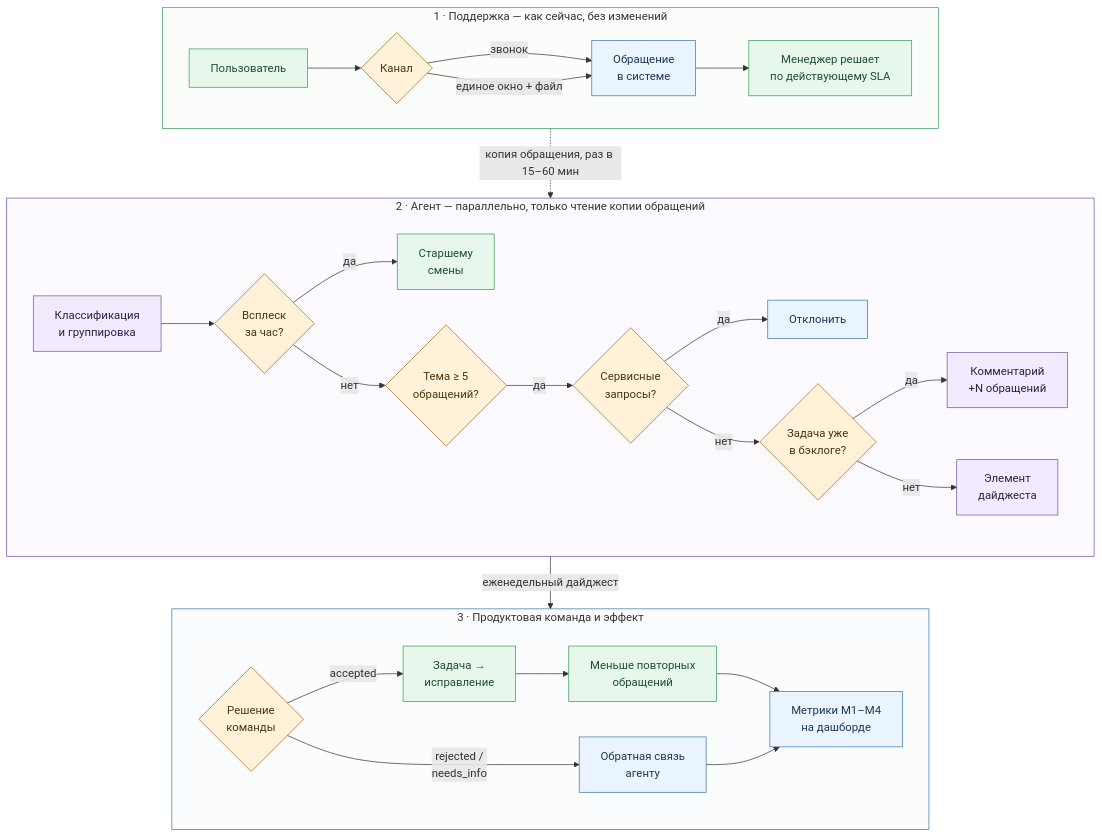
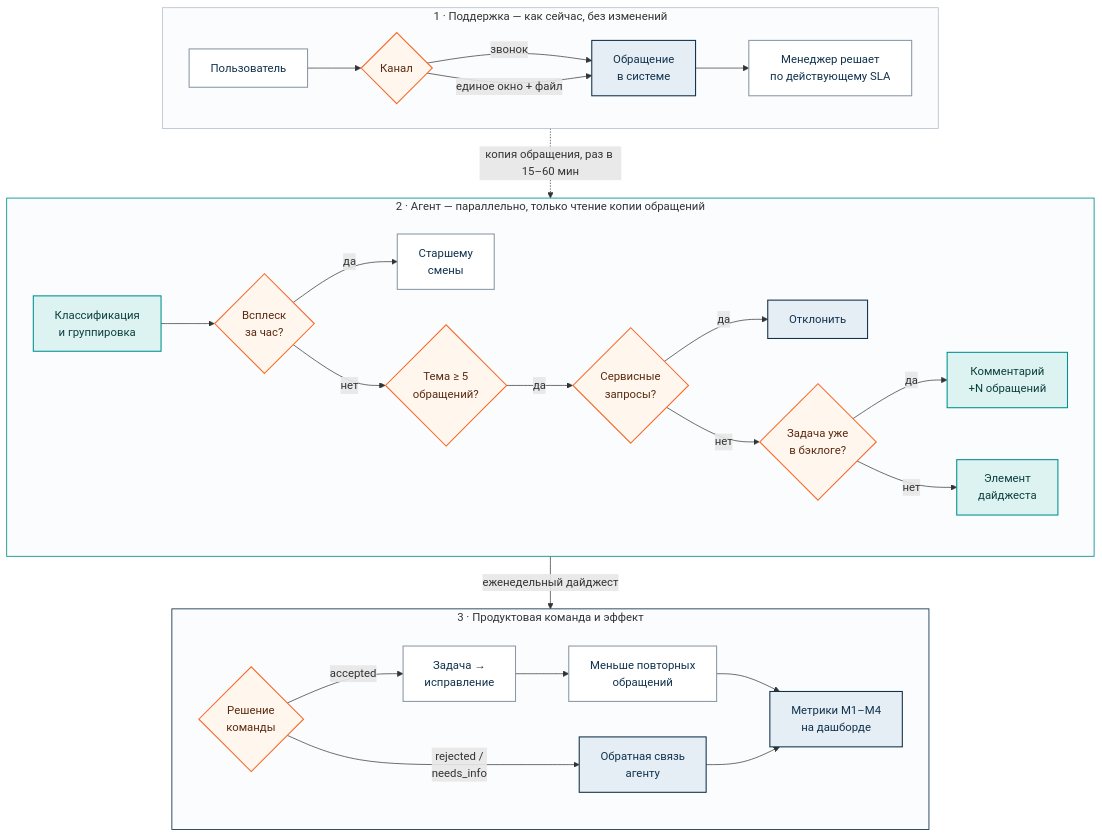
One commit to Gnod-do/ticket-triage-agent changed the diagram in docs/diagrams/02-business-process.mmd. Above: the diagram before and after it, drawn with Mermaid. The commit also changed 69 other files, not shown here.

```diff
--- a/docs/diagrams/02-business-process.mmd
+++ b/docs/diagrams/02-business-process.mmd
@@ -1,41 +1,41 @@
 %% Бизнес-процесс: агент работает параллельно поддержке и не добавляет ей работы
 flowchart TB
-  classDef human fill:#e7f7ec,stroke:#3a9b5c,color:#1f4d30
-  classDef ai fill:#f2ebff,stroke:#7151a9,color:#2b1f48
-  classDef det fill:#eaf4ff,stroke:#3d76a2,color:#1e3554
-  classDef dec fill:#fff2d9,stroke:#a66b17,color:#4d3210
+  classDef human fill:#FFFFFF,stroke:#8A98A8,color:#10314C,stroke-width:1.5px
+  classDef ai fill:#DDF3F2,stroke:#00918F,color:#0B3F3E,stroke-width:1.5px
+  classDef det fill:#E6EEF5,stroke:#10314C,color:#10314C,stroke-width:1.5px
+  classDef dec fill:#FFF6EE,stroke:#F56A2B,color:#5A2A10,stroke-width:1.5px
 
   subgraph R1["1 · Поддержка — как сейчас, без изменений"]
     direction LR
     U["Пользователь"]:::human --> CH{"Канал"}:::dec
     CH -->|"звонок"| T["Обращение<br/>в системе"]:::det
     CH -->|"единое окно + файл"| T
     T --> S["Менеджер решает<br/>по действующему SLA"]:::human
   end
 
   subgraph R2["2 · Агент — параллельно, только чтение копии обращений"]
     direction LR
     AG["Классификация<br/>и группировка"]:::ai --> SP{"Всплеск<br/>за час?"}:::dec
     SP -->|"да"| AL["Старшему<br/>смены"]:::human
     SP -->|"нет"| TH{"Тема ≥ 5<br/>обращений?"}:::dec
     TH -->|"да"| SR{"Сервисные<br/>запросы?"}:::dec
     SR -->|"да"| X["Отклонить"]:::det
     SR -->|"нет"| BL{"Задача уже<br/>в бэклоге?"}:::dec
     BL -->|"да"| CM["Комментарий<br/>+N обращений"]:::ai
     BL -->|"нет"| DG["Элемент<br/>дайджеста"]:::ai
   end
 
   subgraph R3["3 · Продуктовая команда и эффект"]
     direction LR
     PO{"Решение<br/>команды"}:::dec -->|"accepted"| BK["Задача →<br/>исправление"]:::human
     BK --> R["Меньше повторных<br/>обращений"]:::human
     PO -->|"rejected /<br/>needs_info"| FB["Обратная связь<br/>агенту"]:::det
     R --> M["Метрики M1–M4<br/>на дашборде"]:::det
     FB --> M
   end
 
   R1 -.->|"копия обращения, раз в 15–60 мин"| R2
   R2 -->|"еженедельный дайджест"| R3
-  style R1 fill:#fbfdfb,stroke:#3a9b5c
-  style R2 fill:#fcfaff,stroke:#7151a9
-  style R3 fill:#fbfcfe,stroke:#3d76a2
+  style R1 fill:#FBFCFD,stroke:#B8C4D0,stroke-width:1.2px
+  style R2 fill:#FBFCFD,stroke:#00918F,stroke-width:1.2px
+  style R3 fill:#FBFCFD,stroke:#10314C,stroke-width:1.2px
```
